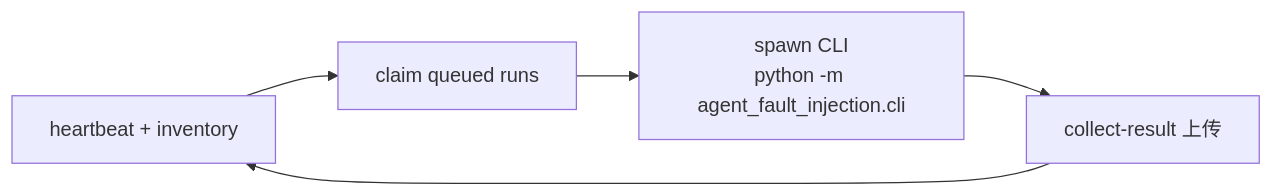
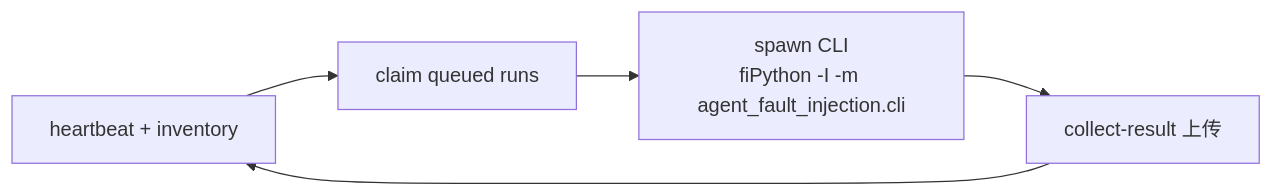
One commit to openeuler-mirror/agent-insight changed the fourth of 5 diagrams in docs/agent-fault-injection/guides/local-install-process.md. Above: the diagram before and after it, drawn with Mermaid. The commit also changed other lines of this file and 22 other files, not shown here.

````diff
--- a/docs/agent-fault-injection/guides/local-install-process.md
+++ b/docs/agent-fault-injection/guides/local-install-process.md
@@ -225,7 +237,7 @@
 ```mermaid
 flowchart LR
   HB[heartbeat + inventory] --> Claim[claim queued runs]
-  Claim --> Run["spawn CLI<br/>python -m agent_fault_injection.cli"]
+  Claim --> Run["spawn CLI<br/>fiPython -I -m agent_fault_injection.cli"]
   Run --> Collect[collect-result 上传]
   Collect --> HB
 ```
````
